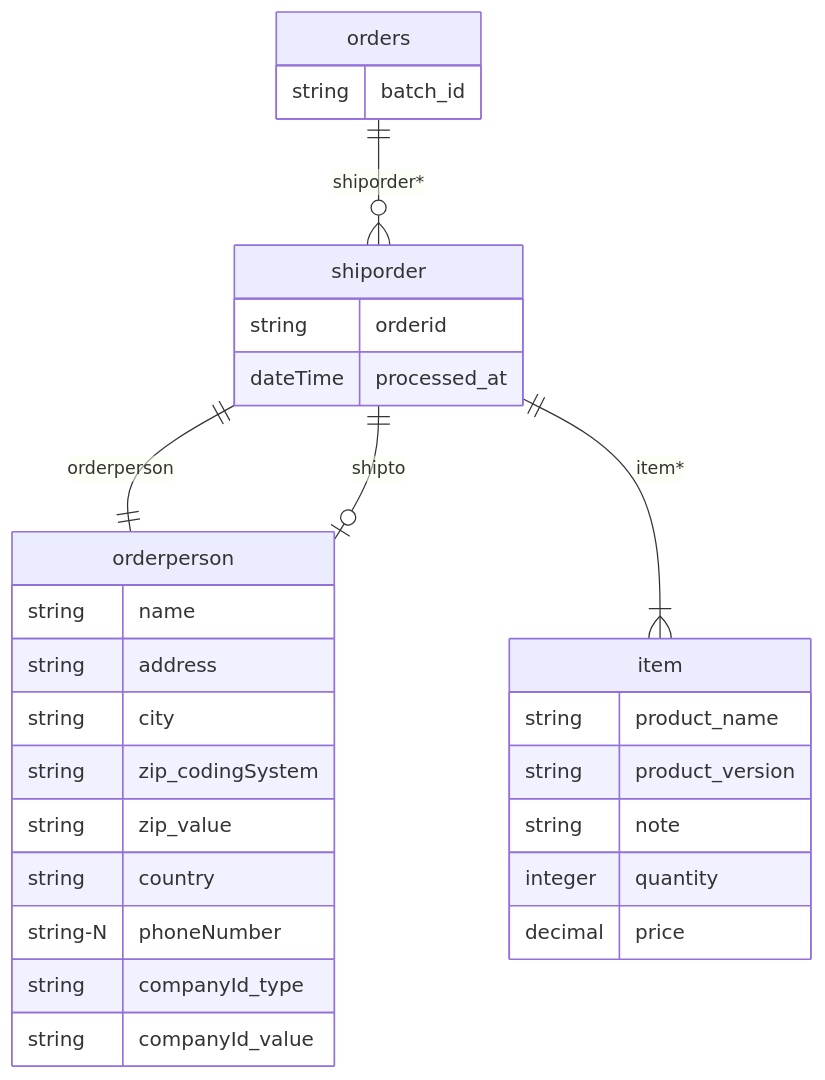
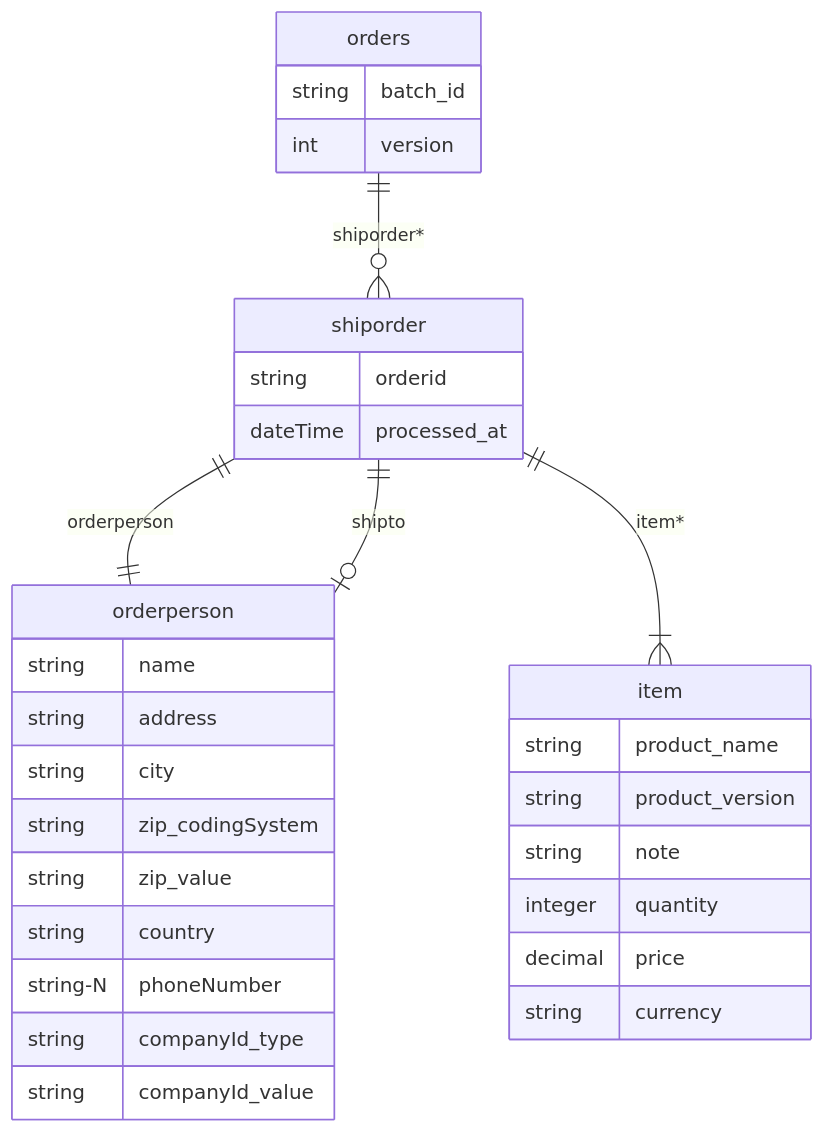
Before and after one commit to cre-dev/xml2db: the diagram in tests/sample_models/orders/orders_erd_version0.md, drawn with Mermaid. The commit also changed 20 other files, not shown here.

````diff
--- a/tests/sample_models/orders/orders_erd_version0.md
+++ b/tests/sample_models/orders/orders_erd_version0.md
@@ -1,32 +1,34 @@
 ```mermaid
 erDiagram
     orders ||--o{ shiporder : "shiporder*"
     orders {
         string batch_id
+        int version
     }
     shiporder ||--|| orderperson : "orderperson"
     shiporder ||--o| orderperson : "shipto"
     shiporder ||--|{ item : "item*"
     shiporder {
         string orderid
         dateTime processed_at
     }
     item {
         string product_name
         string product_version
         string note
         integer quantity
         decimal price
+        string currency
     }
     orderperson {
         string name
         string address
         string city
         string zip_codingSystem
         string zip_value
         string country
         string-N phoneNumber
         string companyId_type
         string companyId_value
     }
 ```
````
